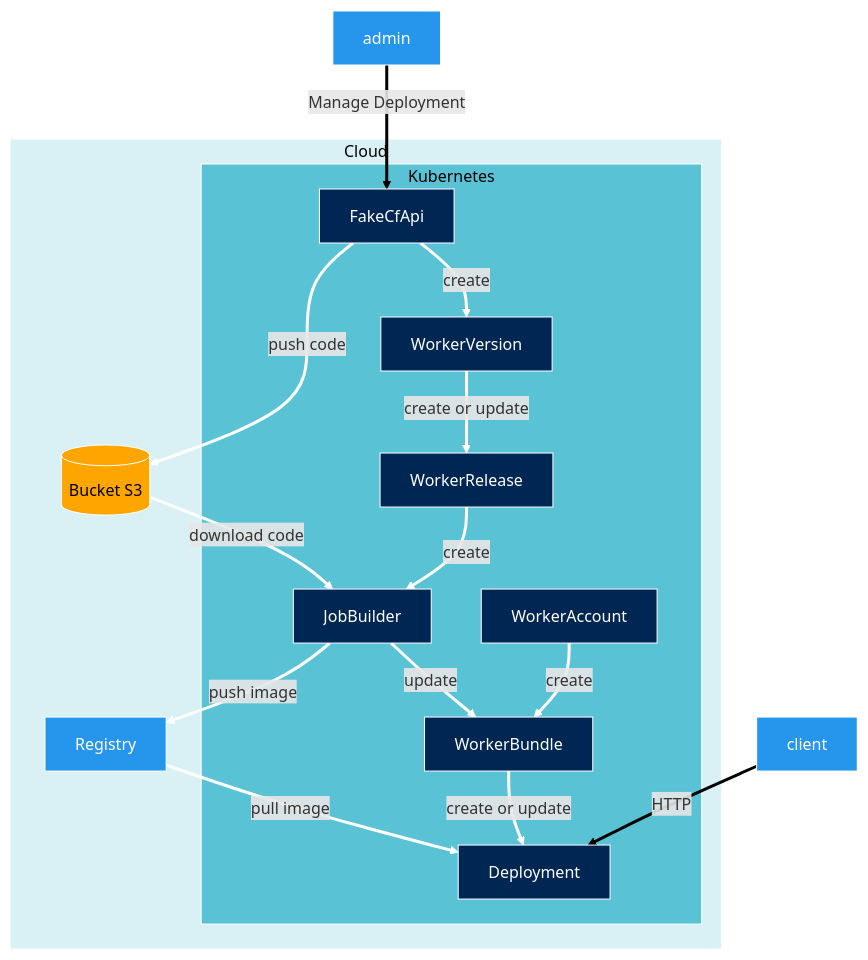
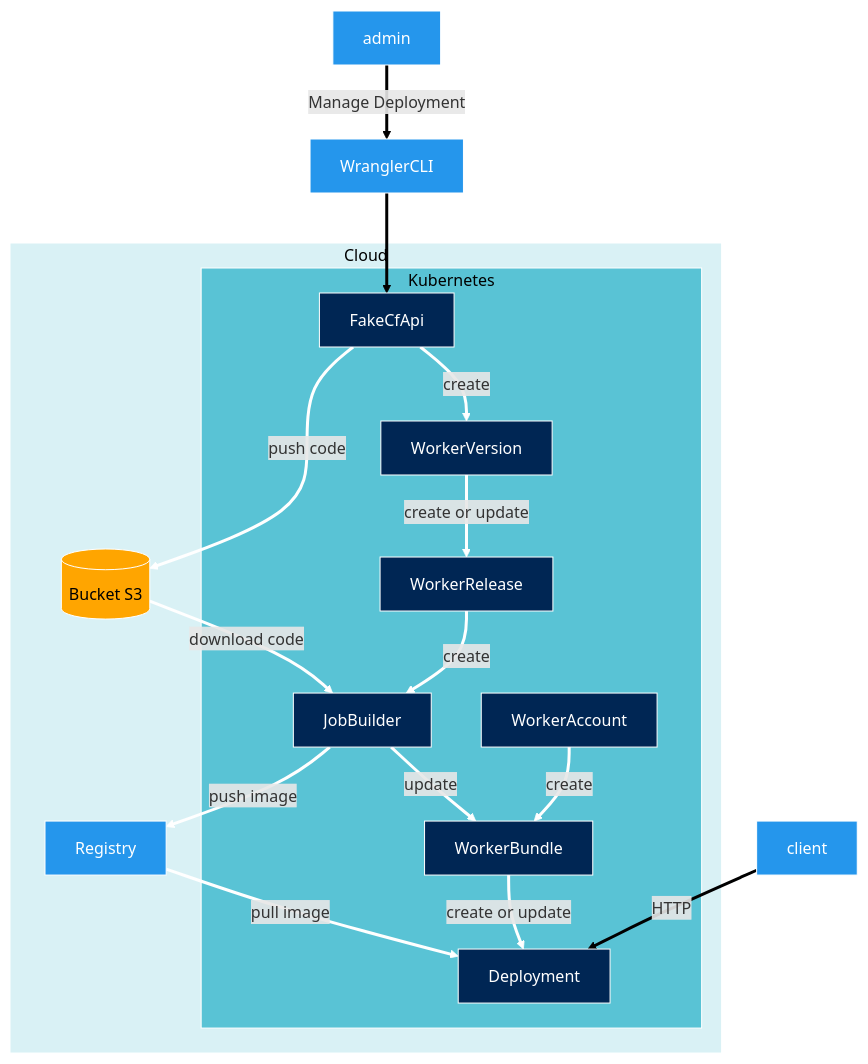
One commit to clementreiffers/fireworkers-docs changed the diagram in docs/the-architecture.md. Above: the diagram before and after it, drawn with Mermaid.

Commit message:
ajout wrangler CLi dans mermaid

````diff
--- a/docs/the-architecture.md
+++ b/docs/the-architecture.md
@@ -137,47 +137,49 @@
 ```mermaid
 flowchart TB
     subgraph Cloud
         FakeCfApi --> |push code| BucketS3[(Bucket S3)]
         BucketS3 --> |download code| JobBuilder
         JobBuilder --> |push image| Registry
         Registry --> |pull image| Deployment
         subgraph Kubernetes
             FakeCfApi --> |create| WorkerVersion
             WorkerVersion --> |create or update|WorkerRelease
             WorkerRelease --> |create| JobBuilder
             WorkerAccount --> |create| WorkerBundle
             WorkerBundle --> |create or update| Deployment
             JobBuilder --> |update| WorkerBundle
         end
     end
-    admin --> |Manage Deployment| FakeCfApi
+    admin --> |Manage Deployment| WranglerCLI --> FakeCfApi
     client --> |HTTP| Deployment
     
     
     style FakeCfApi fill:#002654,color:white,stroke:white
     style WorkerVersion fill:#002654,color:white,stroke:white
     style WorkerRelease fill:#002654,color:white,stroke:white
     style WorkerAccount fill:#002654,color:white,stroke:white
     style WorkerBundle fill:#002654,color:white,stroke:white
     style JobBuilder fill:#002654,color:white,stroke:white
     style Deployment fill:#002654,color:white,stroke:white
     style Kubernetes fill:#59C3D5,color:black,stroke:white
     style Cloud fill:#D9F1F5,color:black,stroke:white
     style BucketS3 fill:orange,color:black,stroke:white
     style Registry fill:#2596EC,color:white,stroke:white
     style admin fill:#2596EC,color:white,stroke:white
     style client fill:#2596EC,color:white,stroke:white
+    style WranglerCLI fill:#2596EC,color:white,stroke:white
 
     linkStyle 0 stroke:white,stroke-width:3
     linkStyle 1 stroke:white,stroke-width:3
     linkStyle 2 stroke:white,stroke-width:3
     linkStyle 3 stroke:white,stroke-width:3
     linkStyle 4 stroke:white,stroke-width:3
     linkStyle 5 stroke:white,stroke-width:3
     linkStyle 6 stroke:white,stroke-width:3
     linkStyle 7 stroke:white,stroke-width:3
     linkStyle 8 stroke:white,stroke-width:3
     linkStyle 9 stroke:white,stroke-width:3
     linkStyle 10 stroke:black,stroke-width:3
     linkStyle 11 stroke:black,stroke-width:3
+    linkStyle 12 stroke:black,stroke-width:3
 ```
````
